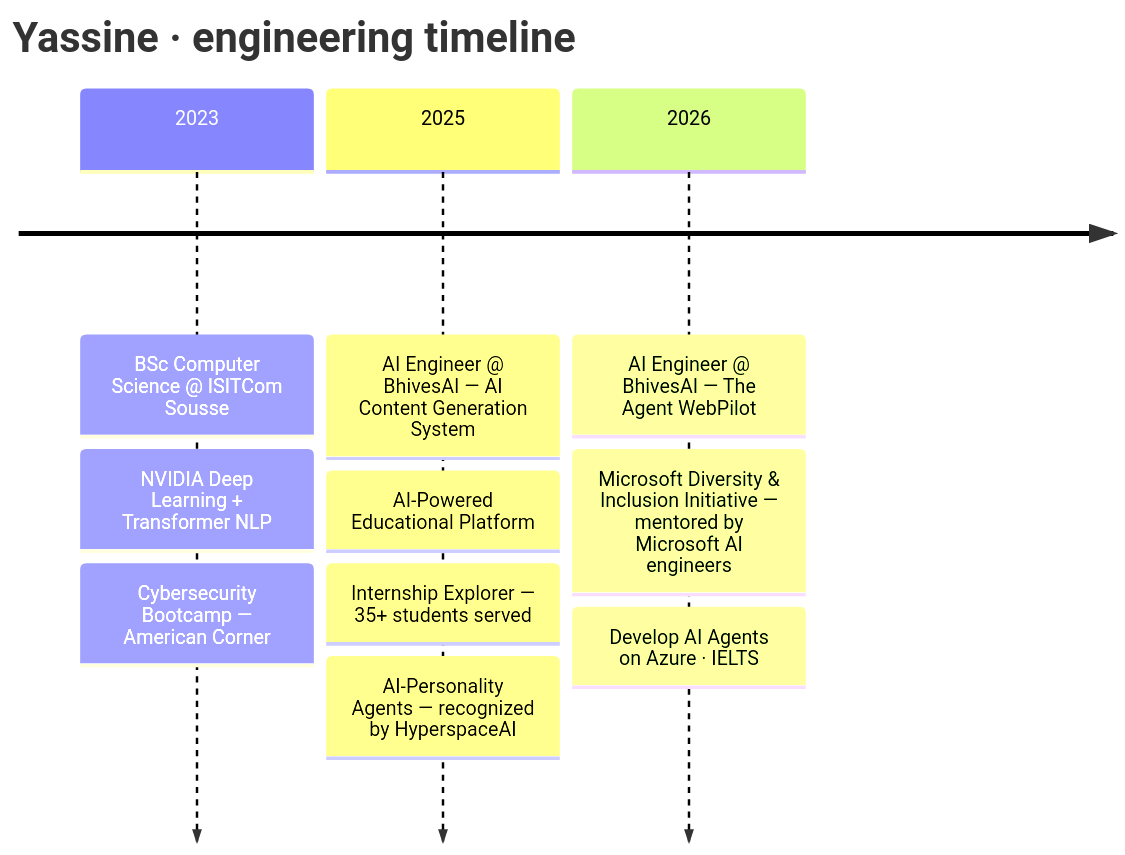
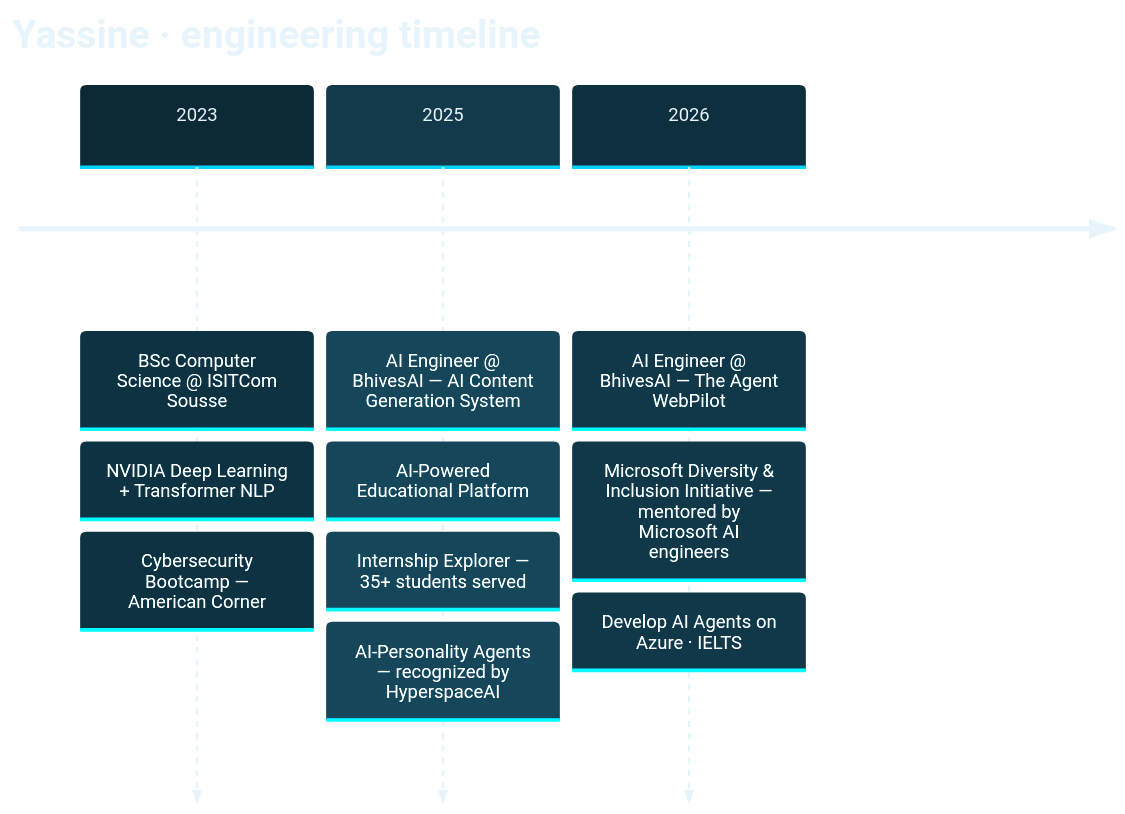
Before and after one commit to GhilaniYassine/GhilaniYassine: the first of 2 diagrams in README.md, drawn with Mermaid. The commit also changed other lines of this file, not shown here.

First line of the commit message:
Fix unreadable timeline on GitHub's dark theme, drop the location tagline

````diff
--- a/README.md
+++ b/README.md
@@ -171,14 +171,21 @@
 ```mermaid
+%%{init: {'theme':'base','themeVariables':{
+  'primaryColor':'#0f2027','primaryTextColor':'#e8f4fb','primaryBorderColor':'#00d4ff',
+  'lineColor':'#00d4ff','textColor':'#e8f4fb','titleColor':'#e8f4fb','fontSize':'15px',
+  'cScale0':'#0b2a36','cScale1':'#123a4a','cScale2':'#0e2f3d',
+  'cScaleLabel0':'#e8f4fb','cScaleLabel1':'#e8f4fb','cScaleLabel2':'#e8f4fb',
+  'cScaleInv0':'#00d4ff','cScaleInv1':'#00d4ff','cScaleInv2':'#00d4ff',
+  'tertiaryColor':'#0d1117','noteBkgColor':'#0d1117','noteTextColor':'#e8f4fb'}}}%%
 timeline
     title Yassine · engineering timeline
     2023 : BSc Computer Science @ ISITCom Sousse
          : NVIDIA Deep Learning + Transformer NLP
          : Cybersecurity Bootcamp — American Corner
     2025 : AI Engineer @ BhivesAI — AI Content Generation System
          : AI-Powered Educational Platform
          : Internship Explorer — 35+ students served
          : AI-Personality Agents — recognized by HyperspaceAI
     2026 : AI Engineer @ BhivesAI — The Agent WebPilot
          : Microsoft Diversity & Inclusion Initiative — mentored by Microsoft AI engineers
          : Develop AI Agents on Azure · IELTS
 ```
````
